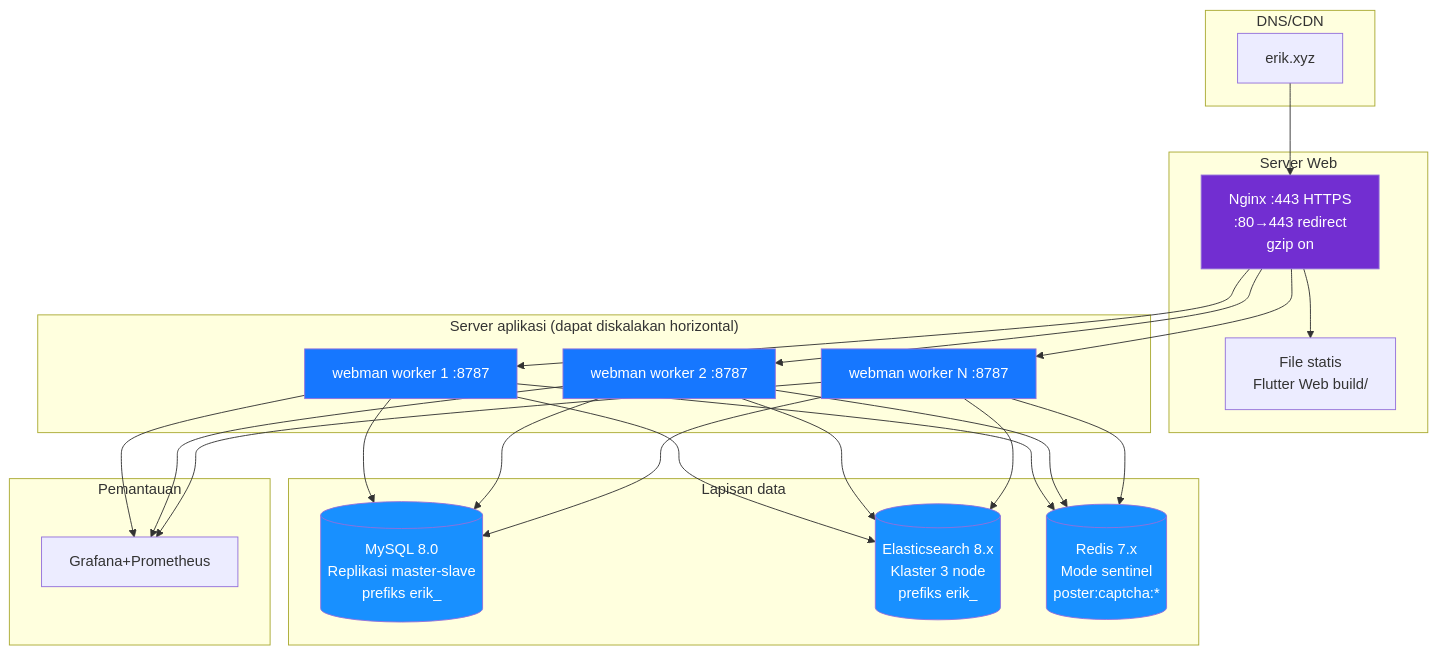
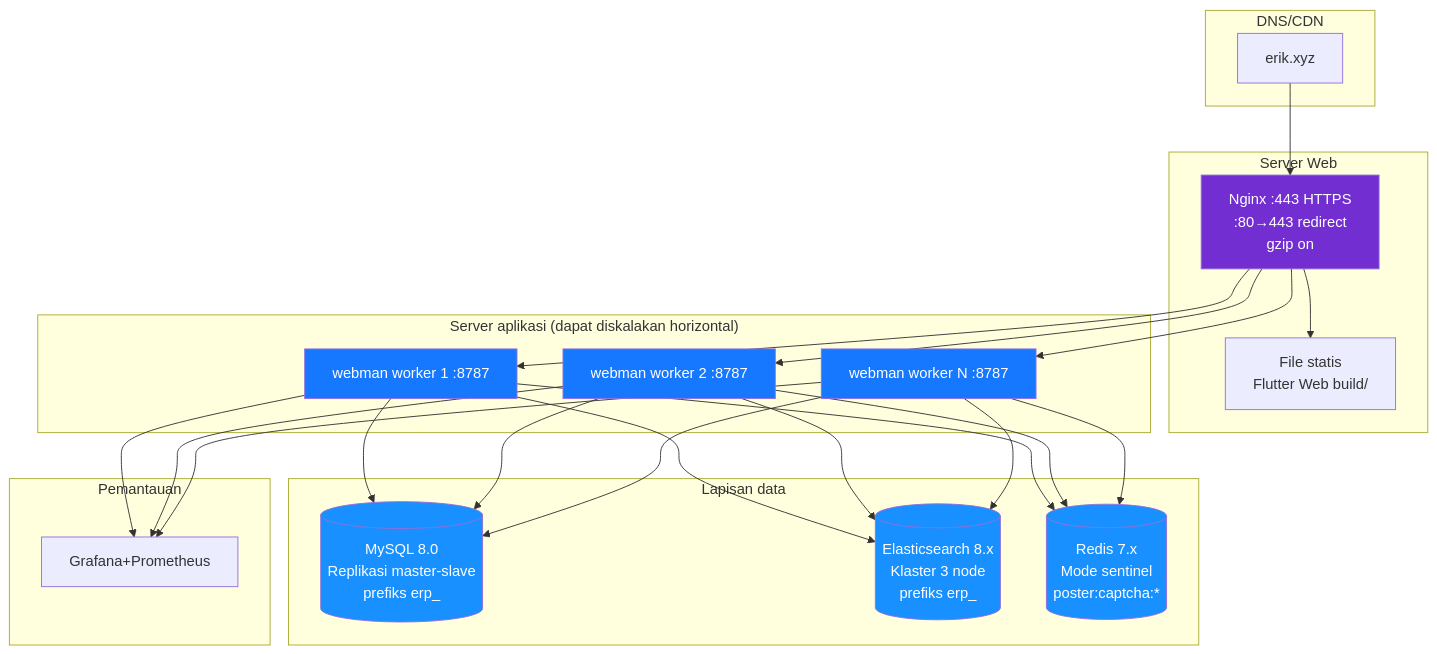
One commit to erikwang2013/erp-php changed the diagram in docs/i18n/id/diagrams/12-deployment.md. Above: the diagram before and after it, drawn with Mermaid. The commit also changed 449 other files, not shown here.

First line of the commit message:
全局命名统一：数据库 erp、表前缀 erp_、Redis 前缀 erp:（原 erik_/open_admin）

````diff
--- a/docs/i18n/id/diagrams/12-deployment.md
+++ b/docs/i18n/id/diagrams/12-deployment.md
@@ -3,45 +3,45 @@
 ```mermaid
 flowchart TB
     subgraph dns["DNS/CDN"]
         domain["erik.xyz"]
     end
 
     subgraph web["Server Web"]
         nginx["Nginx :443 HTTPS<br/>:80→443 redirect<br/>gzip on"]
         static["File statis<br/>Flutter Web build/"]
     end
 
     subgraph app["Server aplikasi (dapat diskalakan horizontal)"]
         wm1["webman worker 1 :8787"]
         wm2["webman worker 2 :8787"]
         wm3["webman worker N :8787"]
     end
 
     subgraph data["Lapisan data"]
-        mysql[("MySQL 8.0<br/>Replikasi master-slave<br/>prefiks erik_")]
-        es[("Elasticsearch 8.x<br/>Klaster 3 node<br/>prefiks erik_")]
+        mysql[("MySQL 8.0<br/>Replikasi master-slave<br/>prefiks erp_")]
+        es[("Elasticsearch 8.x<br/>Klaster 3 node<br/>prefiks erp_")]
         redis[("Redis 7.x<br/>Mode sentinel<br/>poster:captcha:*")]
     end
 
     subgraph monitor["Pemantauan"]
         grafana["Grafana+Prometheus"]
     end
 
     domain --> nginx
     nginx --> static
     nginx --> wm1
     nginx --> wm2
     nginx --> wm3
     wm1 & wm2 & wm3 --> mysql
     wm1 & wm2 & wm3 --> es
     wm1 & wm2 & wm3 --> redis
     wm1 & wm2 & wm3 --> grafana
 
     style nginx fill:#722ED1,color:#fff
     style wm1 fill:#1677FF,color:#fff
     style wm2 fill:#1677FF,color:#fff
     style wm3 fill:#1677FF,color:#fff
     style mysql fill:#1890FF,color:#fff
     style es fill:#1890FF,color:#fff
     style redis fill:#1890FF,color:#fff
 ```
````
